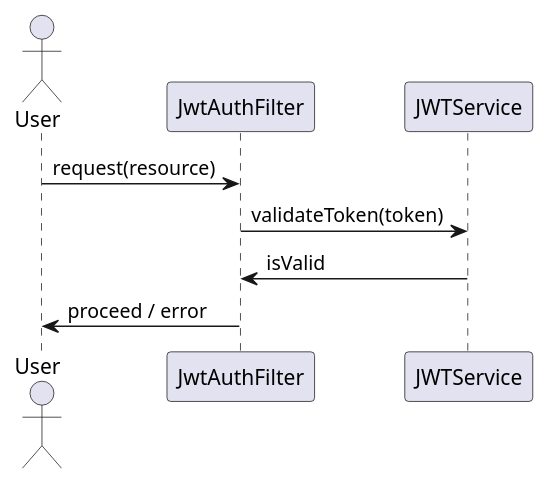
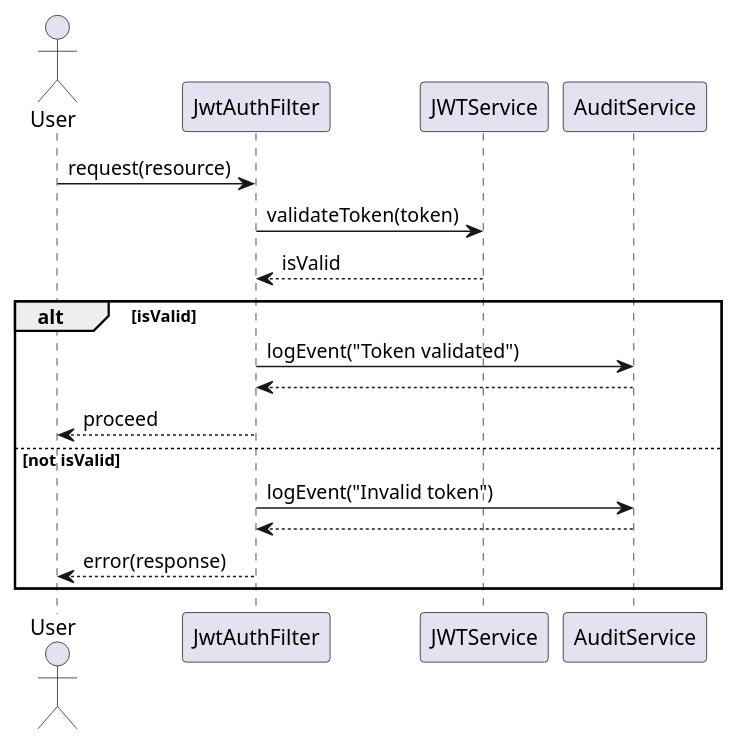
One commit to shreya-cn/autodev.ai changed the third of 5 diagrams in identityprovider/documentation/detaileddesign.adoc. Above: the diagram before and after it, drawn with PlantUML. The commit also changed other lines of this file and 3 other files, not shown here.

````diff
--- a/identityprovider/documentation/detaileddesign.adoc
+++ b/identityprovider/documentation/detaileddesign.adoc
@@ -301,13 +342,21 @@
-[plantuml, jwt-validation-sequence, png]
-----
+```plantuml
 @startuml
 actor User
 participant JwtAuthFilter
 participant JWTService
+participant AuditService
 
 User -> JwtAuthFilter : request(resource)
 JwtAuthFilter -> JWTService : validateToken(token)
-JWTService -> JwtAuthFilter : isValid
-JwtAuthFilter -> User : proceed / error
+JWTService --> JwtAuthFilter : isValid
+alt isValid
+    JwtAuthFilter -> AuditService : logEvent("Token validated")
+    AuditService --> JwtAuthFilter
+    JwtAuthFilter --> User : proceed
+else not isValid
+    JwtAuthFilter -> AuditService : logEvent("Invalid token")
+    AuditService --> JwtAuthFilter
+    JwtAuthFilter --> User : error(response)
+end
 @enduml
-----
+```
````
